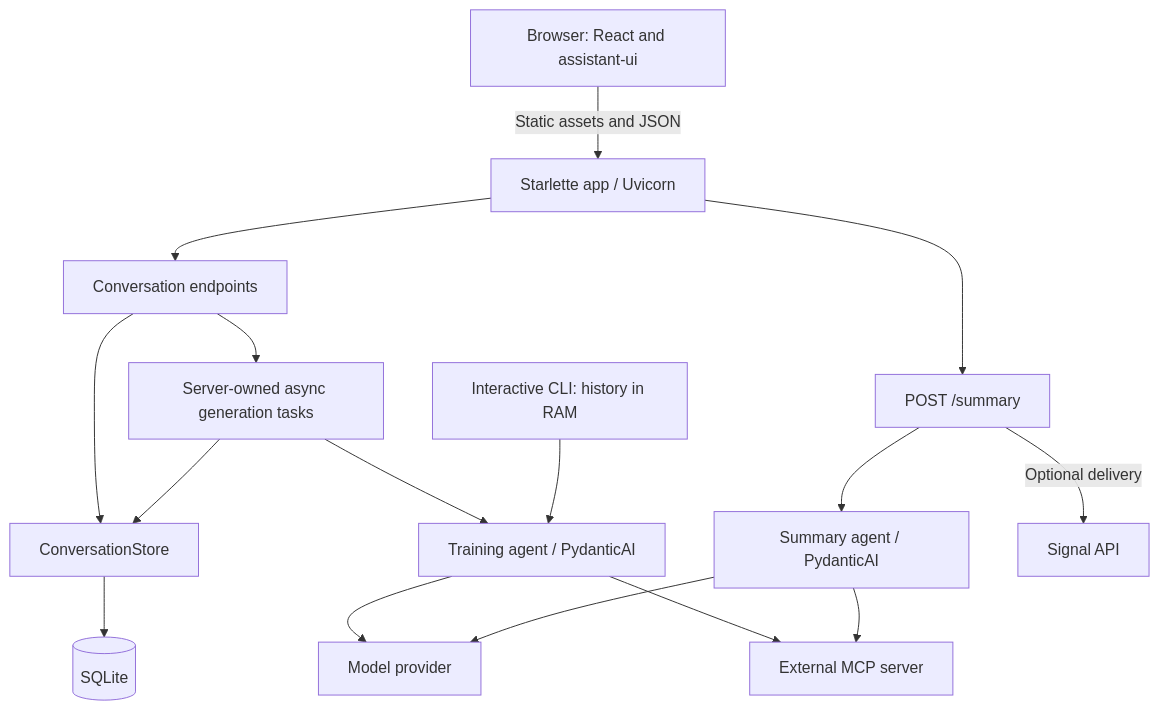
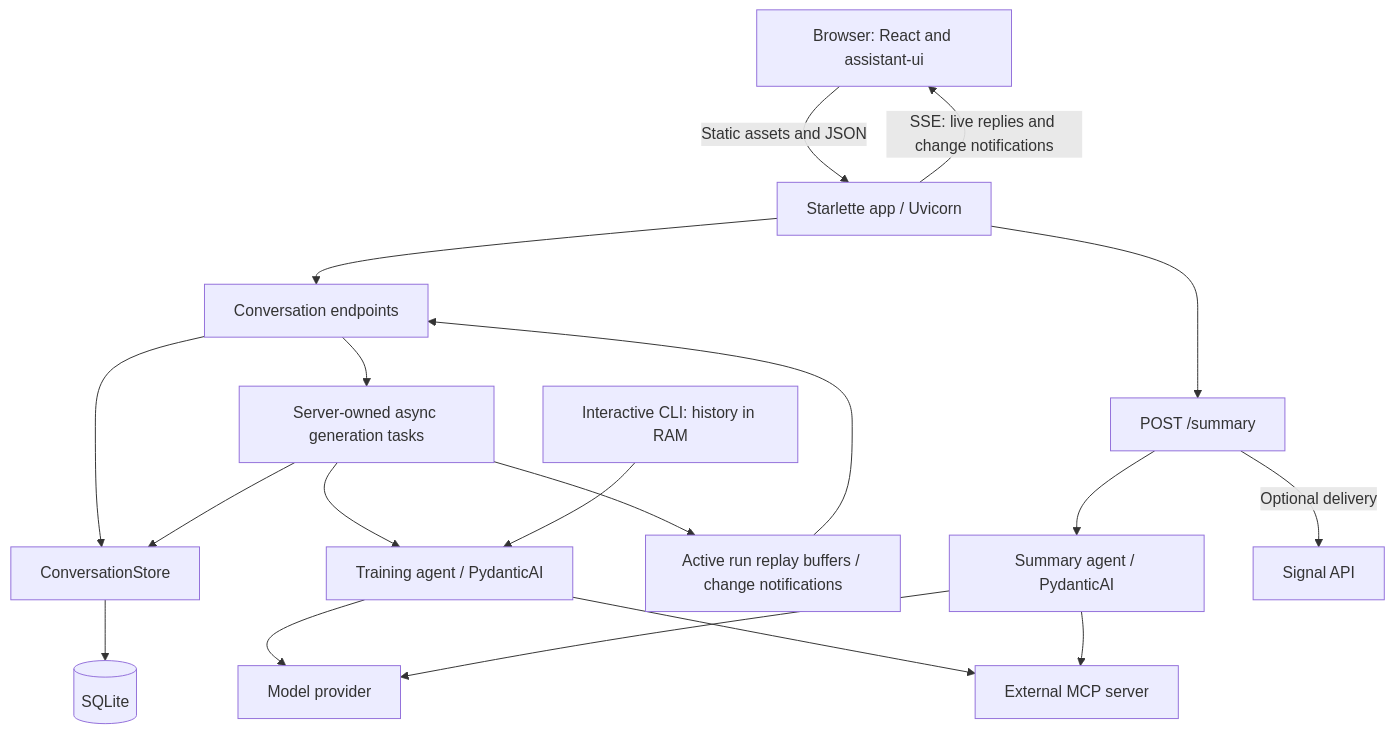
Before and after one commit to atorma/training-ai: the first of 2 diagrams in docs/application-components.md, drawn with Mermaid. The commit also changed other lines of this file and 14 other files, not shown here.

````diff
--- a/docs/application-components.md
+++ b/docs/application-components.md
@@ -5,18 +5,21 @@
 ```mermaid
 flowchart TD
     Browser[Browser: React and assistant-ui] -->|Static assets and JSON| Web[Starlette app / Uvicorn]
+    Web -->|SSE: live replies and change notifications| Browser
     Web --> Chat[Conversation endpoints]
     Chat --> Store[ConversationStore]
     Store --> DB[(SQLite)]
     Chat --> Tasks[Server-owned async generation tasks]
     Tasks --> Store
     Tasks --> Training[Training agent / PydanticAI]
+    Tasks --> Events[Active run replay buffers / change notifications]
+    Events --> Chat
     Training --> Provider[Model provider]
     Training --> MCP[External MCP server]
     Web --> Summary[POST /summary]
     Summary --> SummaryAgent[Summary agent / PydanticAI]
     SummaryAgent --> Provider
     SummaryAgent --> MCP
     Summary -->|Optional delivery| Signal[Signal API]
     CLI[Interactive CLI: history in RAM] --> Training
 ```
````
